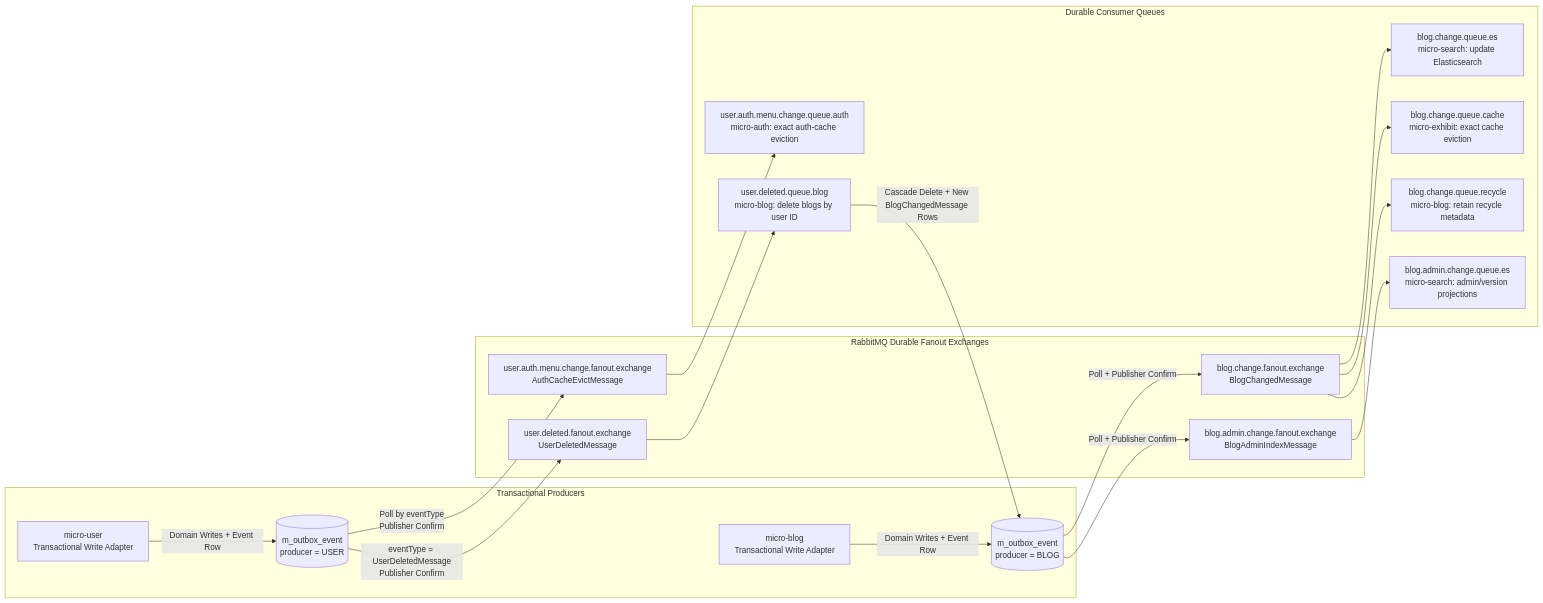
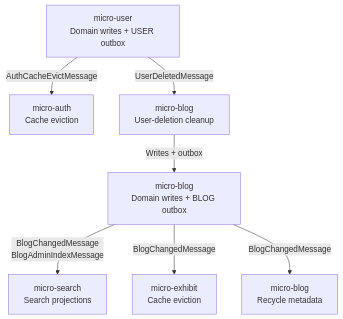
The third of 3 diagrams in README.md (mingchiuli/megalith-micro), drawn with Mermaid before and after one commit. The commit also changed other lines of this file and 4 other files, not shown here.

Commit message:
chore(docs): refresh project guides and simplify architecture diagrams

````diff
--- a/README.md
+++ b/README.md
@@ -153,41 +113,17 @@
 ```mermaid
-flowchart LR
-    subgraph Producers[Transactional Producers]
-        UserWrite["micro-user<br/>Transactional Write Adapter"]
-        UserOutbox[("m_outbox_event<br/>producer = USER")]
-        BlogWrite["micro-blog<br/>Transactional Write Adapter"]
-        BlogOutbox[("m_outbox_event<br/>producer = BLOG")]
-        UserWrite -->|Domain Writes + Event Row| UserOutbox
-        BlogWrite -->|Domain Writes + Event Row| BlogOutbox
-    end
+flowchart TB
+    UserOutbox["micro-user<br/>Domain writes + USER outbox"]
+    Auth["micro-auth<br/>Cache eviction"]
+    Delete["micro-blog<br/>User-deletion cleanup"]
+    BlogOutbox["micro-blog<br/>Domain writes + BLOG outbox"]
+    Search["micro-search<br/>Search projections"]
+    Exhibit["micro-exhibit<br/>Cache eviction"]
+    Recycle["micro-blog<br/>Recycle metadata"]
 
-    subgraph Exchanges[RabbitMQ Durable Fanout Exchanges]
-        AuthExchange["user.auth.menu.change.fanout.exchange<br/>AuthCacheEvictMessage"]
-        DeletedExchange["user.deleted.fanout.exchange<br/>UserDeletedMessage"]
-        BlogExchange["blog.change.fanout.exchange<br/>BlogChangedMessage"]
-        AdminExchange["blog.admin.change.fanout.exchange<br/>BlogAdminIndexMessage"]
-    end
-
-    subgraph Queues[Durable Consumer Queues]
-        AuthQueue["user.auth.menu.change.queue.auth<br/>micro-auth: exact auth-cache eviction"]
-        DeletedQueue["user.deleted.queue.blog<br/>micro-blog: delete blogs by user ID"]
-        SearchQueue["blog.change.queue.es<br/>micro-search: update Elasticsearch"]
-        AdminQueue["blog.admin.change.queue.es<br/>micro-search: admin/version projections"]
-        CacheQueue["blog.change.queue.cache<br/>micro-exhibit: exact cache eviction"]
-        RecycleQueue["blog.change.queue.recycle<br/>micro-blog: retain recycle metadata"]
-    end
-
-    UserOutbox -->|"Poll by eventType<br/>Publisher Confirm"| AuthExchange
-    UserOutbox -->|"eventType = UserDeletedMessage<br/>Publisher Confirm"| DeletedExchange
-    BlogOutbox -->|"Poll + Publisher Confirm"| BlogExchange
-    BlogOutbox -->|"Poll + Publisher Confirm"| AdminExchange
-
-    AuthExchange --> AuthQueue
-    DeletedExchange --> DeletedQueue
-    BlogExchange --> SearchQueue
-    AdminExchange --> AdminQueue
-    BlogExchange --> CacheQueue
-    BlogExchange --> RecycleQueue
-
-    DeletedQueue -->|Cascade Delete + New BlogChangedMessage Rows| BlogOutbox
+    UserOutbox -->|AuthCacheEvictMessage| Auth
+    UserOutbox -->|UserDeletedMessage| Delete
+    Delete -->|Writes + outbox| BlogOutbox
+    BlogOutbox -->|"BlogChangedMessage<br/>BlogAdminIndexMessage"| Search
+    BlogOutbox -->|BlogChangedMessage| Exhibit
+    BlogOutbox -->|BlogChangedMessage| Recycle
 ```
````
